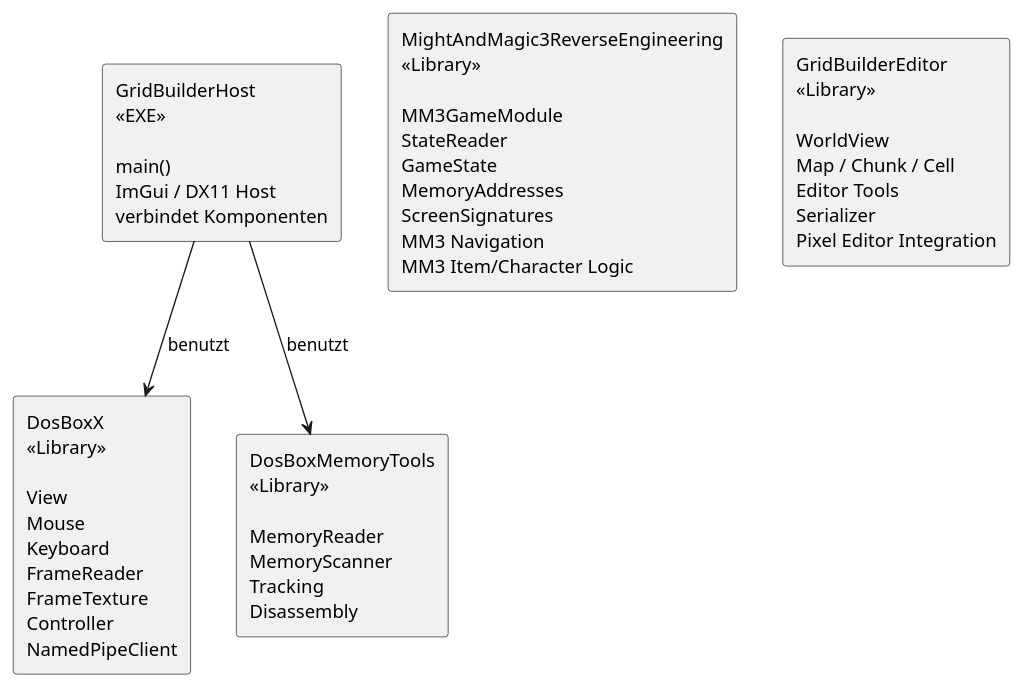
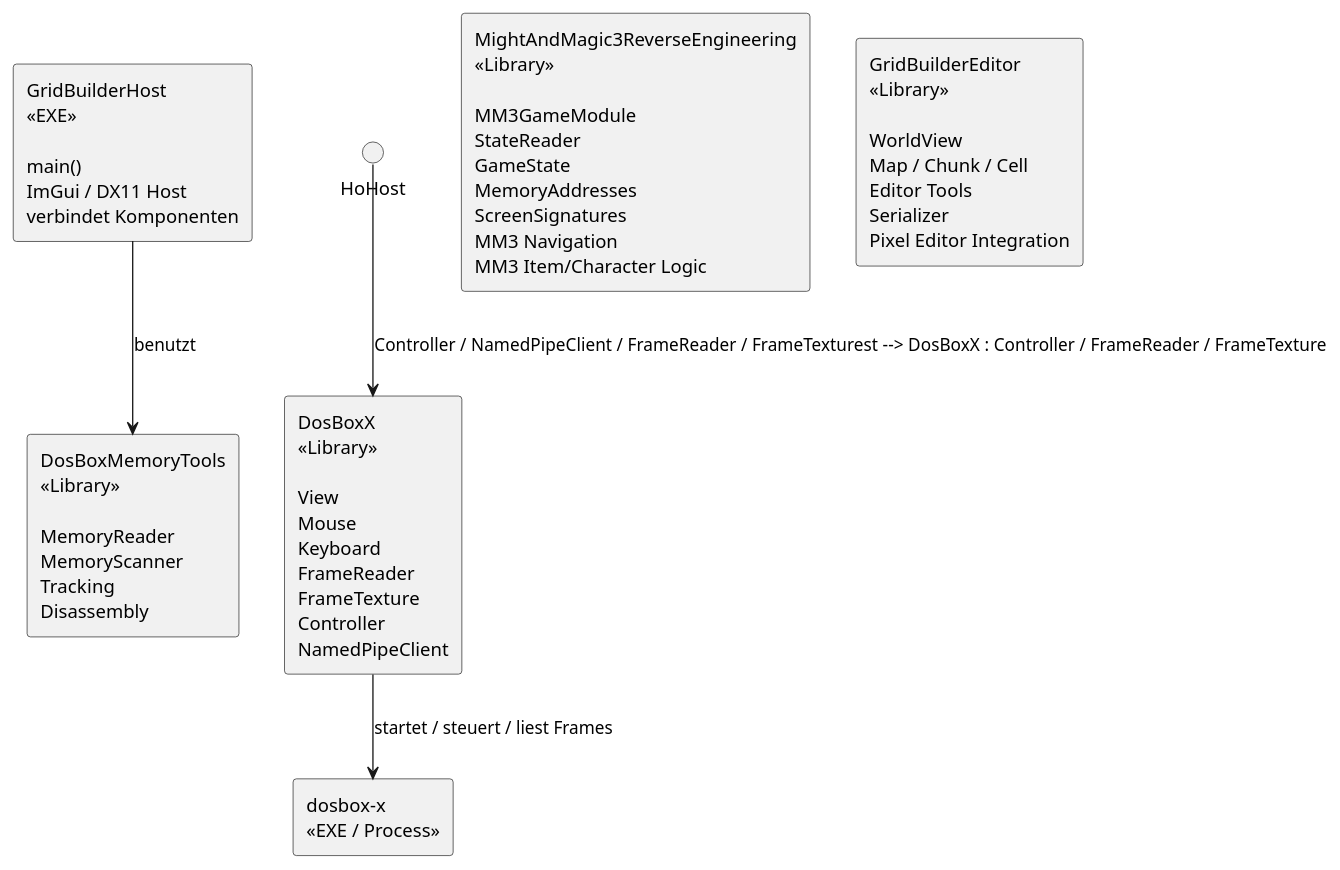
One commit to Uvrak/MyImGui changed the diagram in docs/architecture.puml. Above: the diagram before and after it, drawn with PlantUML. The commit also changed 31 other files, not shown here.

```diff
--- a/docs/architecture.puml
+++ b/docs/architecture.puml
@@ -1,18 +1,23 @@
 @startuml
 
 skinparam componentStyle rectangle
 
+
 component "GridBuilderHost\n<<EXE>>\n\nmain()\nImGui / DX11 Host\nverbindet Komponenten" as Host
 
 component "DosBoxX\n<<Library>>\n\nView\nMouse\nKeyboard\nFrameReader\nFrameTexture\nController\nNamedPipeClient" as DosBoxX
+
+component "dosbox-x\n<<EXE / Process>>" as DosBoxProcess
 
 component "DosBoxMemoryTools\n<<Library>>\n\nMemoryReader\nMemoryScanner\nTracking\nDisassembly" as MemoryTools
 
 component "MightAndMagic3ReverseEngineering\n<<Library>>\n\nMM3GameModule\nStateReader\nGameState\nMemoryAddresses\nScreenSignatures\nMM3 Navigation\nMM3 Item/Character Logic" as MM3
 
 component "GridBuilderEditor\n<<Library>>\n\nWorldView\nMap / Chunk / Cell\nEditor Tools\nSerializer\nPixel Editor Integration" as Editor
 
-Host --> DosBoxX : benutzt
+HoHost --> DosBoxX : Controller / NamedPipeClient / FrameReader / FrameTexturest --> DosBoxX : Controller / FrameReader / FrameTexture
+DosBoxX --> DosBoxProcess : startet / steuert / liest Frames
+
 Host --> MemoryTools : benutzt
 
 @enduml
```
